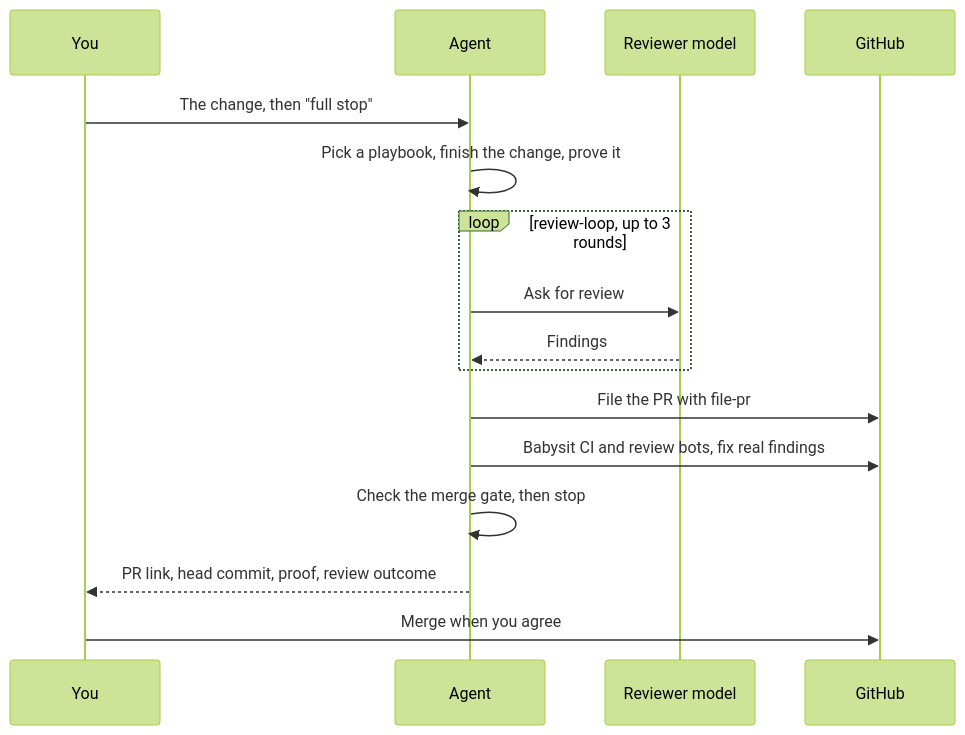
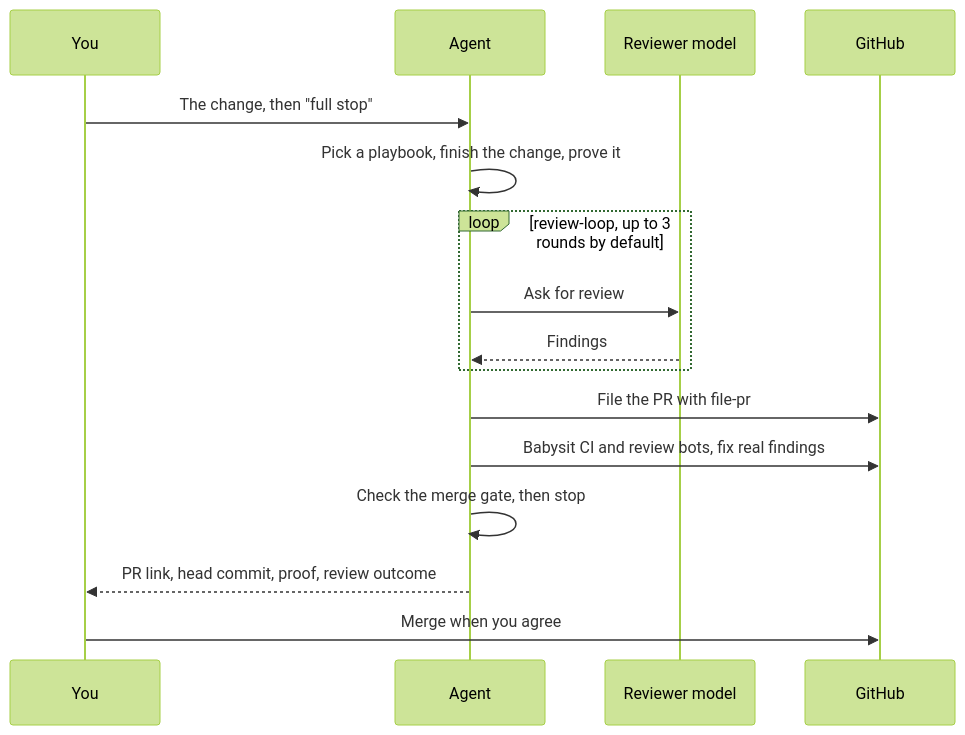
Before and after one commit to JoshuaHayesWasHere/jstack: the diagram in wiki/Ship-a-change.md, drawn with Mermaid (forest theme). The commit also changed 5 other files, not shown here.

Commit message:
Wiki diagrams match install, seat fallback and review-loop budget exactly

````diff
--- a/wiki/Ship-a-change.md
+++ b/wiki/Ship-a-change.md
@@ -22,18 +22,18 @@
 ```mermaid
 sequenceDiagram
     participant Y as You
     participant A as Agent
     participant R as Reviewer model
     participant G as GitHub
     Y->>A: The change, then "full stop"
     A->>A: Pick a playbook, finish the change, prove it
-    loop review-loop, up to 3 rounds
+    loop review-loop, up to 3 rounds by default
         A->>R: Ask for review
         R-->>A: Findings
     end
     A->>G: File the PR with file-pr
     A->>G: Babysit CI and review bots, fix real findings
     A->>A: Check the merge gate, then stop
     A-->>Y: PR link, head commit, proof, review outcome
     Y->>G: Merge when you agree
 ```
````
